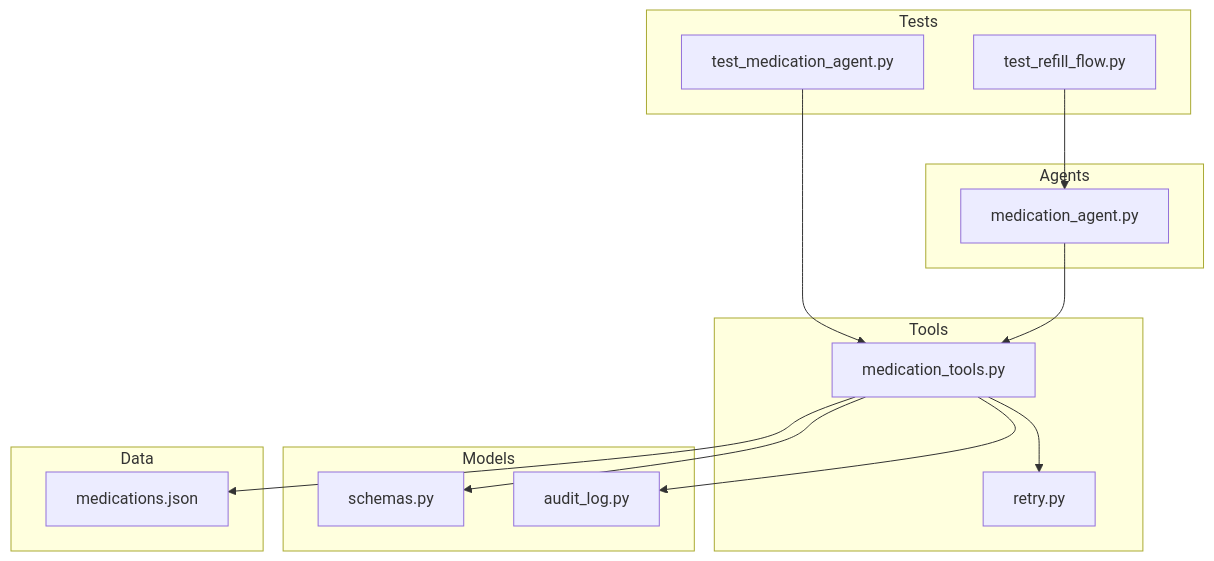
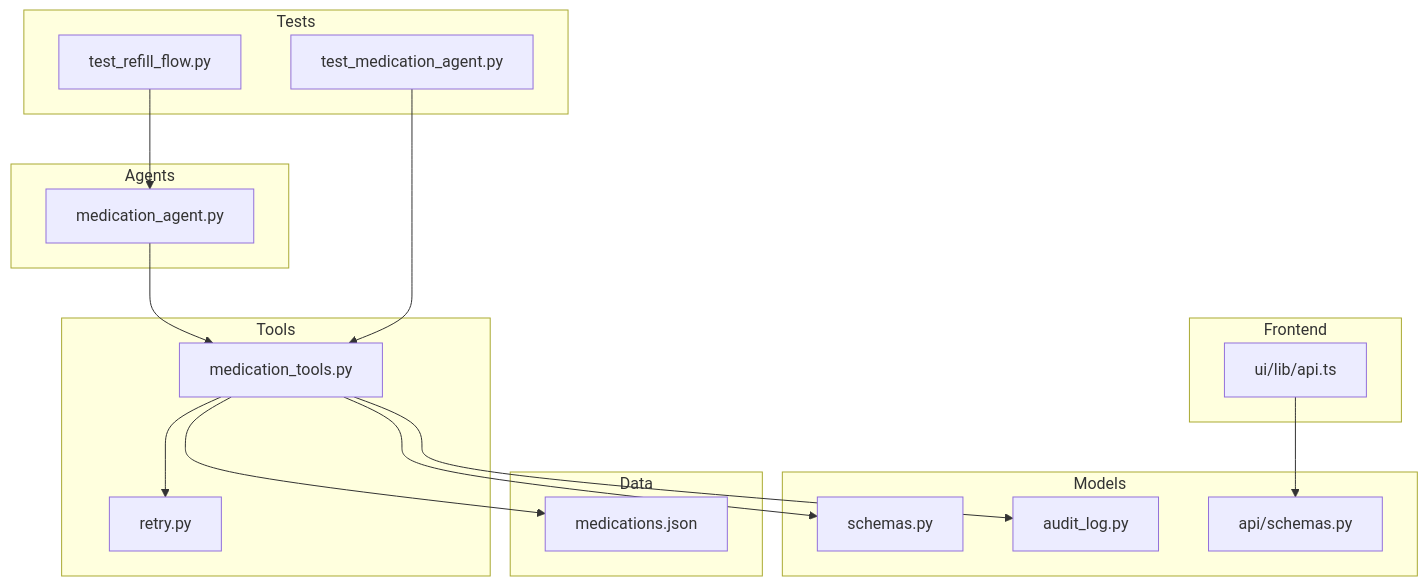
One commit to infamous-rebel/CareBridge changed the first of 8 diagrams in .qoder/repowiki/en/content/External Integrations/Medication Tools.md. Above: the diagram before and after it, drawn with Mermaid. The commit also changed other lines of this file and 6 other files, not shown here.

````diff
--- a/.qoder/repowiki/en/content/External Integrations/Medication Tools.md
+++ b/.qoder/repowiki/en/content/External Integrations/Medication Tools.md
@@ -39,28 +50,33 @@
 ```mermaid
 graph TB
 subgraph "Tools"
 MT["medication_tools.py"]
 RETRY["retry.py"]
 end
 subgraph "Models"
 SCHEMAS["schemas.py"]
 AUDIT["audit_log.py"]
+API_SCHEMAS["api/schemas.py"]
 end
 subgraph "Agents"
 MED_AGENT["medication_agent.py"]
+end
+subgraph "Frontend"
+FRONTEND_SCHEMA["ui/lib/api.ts"]
 end
 subgraph "Data"
 FIXTURES["medications.json"]
 end
 subgraph "Tests"
 T_UNIT["test_medication_agent.py"]
 T_INTEG["test_refill_flow.py"]
 end
 MED_AGENT --> MT
 MT --> SCHEMAS
 MT --> AUDIT
 MT --> RETRY
 MT --> FIXTURES
+FRONTEND_SCHEMA --> API_SCHEMAS
 T_UNIT --> MT
 T_INTEG --> MED_AGENT
 ```
````
